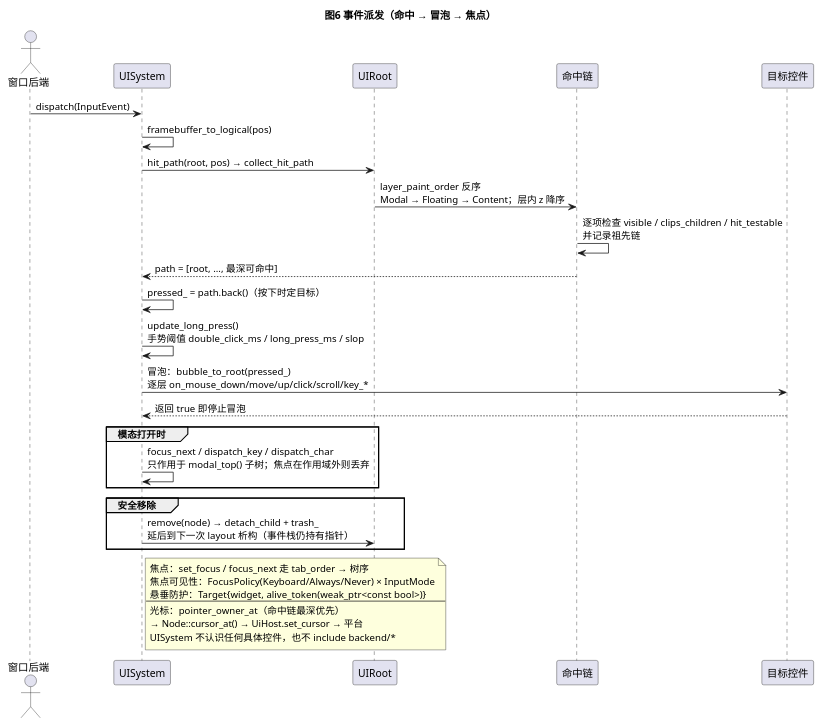
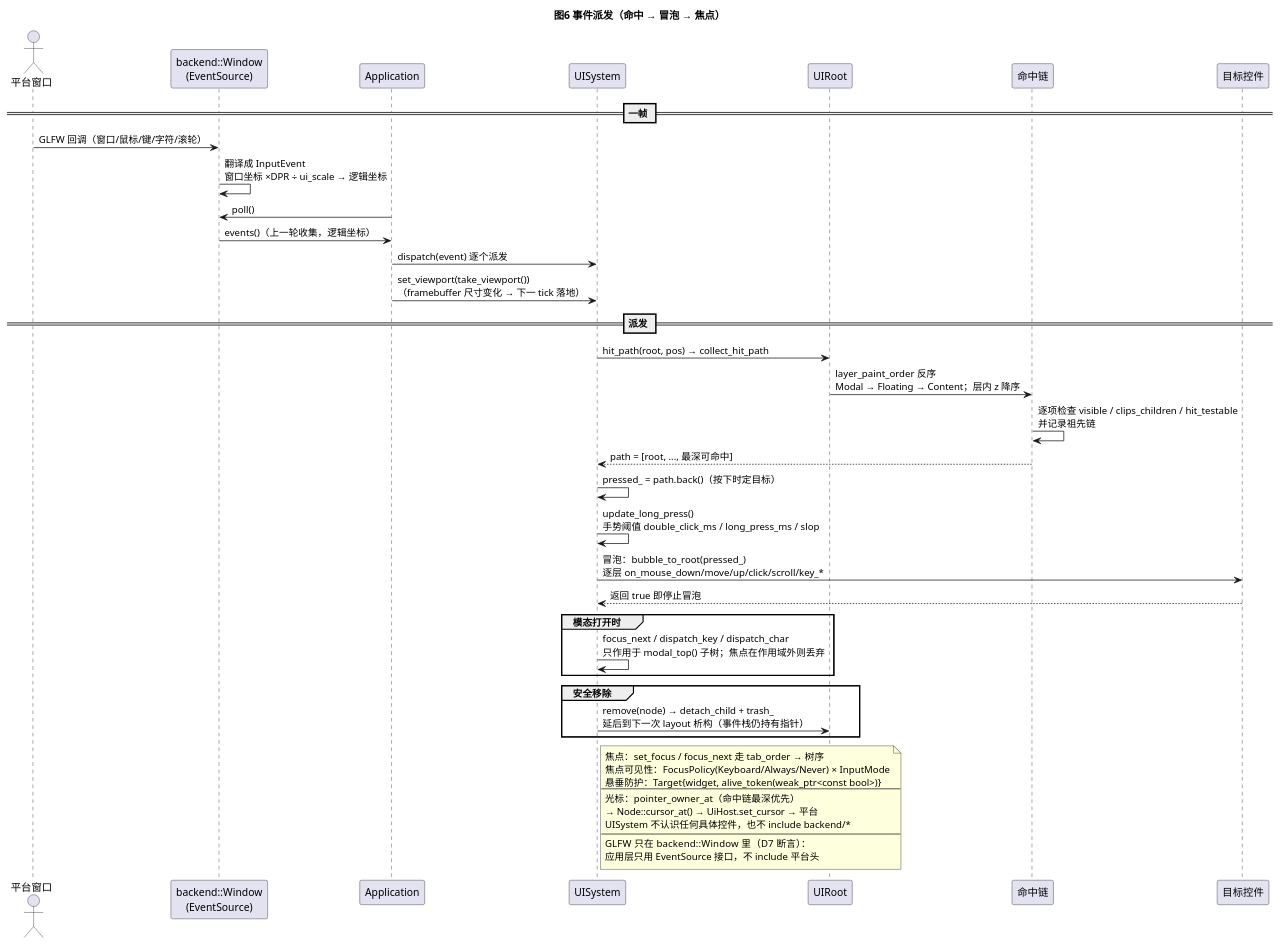
Before and after one commit to zxionf/cosine: the diagram in .design/uml/06-event-dispatch.puml, drawn with PlantUML. The commit also changed 20 other files, not shown here.

Commit message:
refactor(app): 输入走 EventSource，GLFW 收进 backend::Window

```diff
--- a/.design/uml/06-event-dispatch.puml
+++ b/.design/uml/06-event-dispatch.puml
@@ -1,43 +1,55 @@
 @startuml
 title 图6 事件派发（命中 → 冒泡 → 焦点）
 
 skinparam defaultFontName "Microsoft YaHei"
 skinparam shadowing false
 
-actor "窗口后端" as WIN
+actor "平台窗口" as WIN
+participant "backend::Window\n(EventSource)" as SRC
+participant "Application" as APP
 participant "UISystem" as SYS
 participant "UIRoot" as ROOT
 participant "命中链" as PATH
 participant "目标控件" as T
 
-WIN -> SYS : dispatch(InputEvent)
-SYS -> SYS : framebuffer_to_logical(pos)
+== 一帧 ==
+WIN -> SRC : GLFW 回调（窗口/鼠标/键/字符/滚轮）
+SRC -> SRC : 翻译成 InputEvent\n窗口坐标 ×DPR ÷ ui_scale → 逻辑坐标
+APP -> SRC : poll()
+SRC -> APP : events()（上一轮收集，逻辑坐标）
+APP -> SYS : dispatch(event) 逐个派发
+APP -> SYS : set_viewport(take_viewport())\n（framebuffer 尺寸变化 → 下一 tick 落地）
+
+== 派发 ==
 SYS -> ROOT : hit_path(root, pos) → collect_hit_path
 ROOT -> PATH : layer_paint_order 反序\nModal → Floating → Content；层内 z 降序
 PATH -> PATH : 逐项检查 visible / clips_children / hit_testable\n并记录祖先链
 PATH --> SYS : path = [root, ..., 最深可命中]
 
 SYS -> SYS : pressed_ = path.back()（按下时定目标）
 SYS -> SYS : update_long_press()\n手势阈值 double_click_ms / long_press_ms / slop
 
 SYS -> T : 冒泡：bubble_to_root(pressed_)\n逐层 on_mouse_down/move/up/click/scroll/key_*
 T --> SYS : 返回 true 即停止冒泡
 
 group 模态打开时
   SYS -> SYS : focus_next / dispatch_key / dispatch_char\n只作用于 modal_top() 子树；焦点在作用域外则丢弃
 end
 
 group 安全移除
   SYS -> ROOT : remove(node) → detach_child + trash_\n延后到下一次 layout 析构（事件栈仍持有指针）
 end
 
 note right of SYS
   焦点：set_focus / focus_next 走 tab_order → 树序
   焦点可见性：FocusPolicy(Keyboard/Always/Never) × InputMode
   悬垂防护：Target{widget, alive_token(weak_ptr<const bool>)}
   --
   光标：pointer_owner_at（命中链最深优先）
   → Node::cursor_at() → UiHost.set_cursor → 平台
   UISystem 不认识任何具体控件，也不 include backend/*
+  --
+  GLFW 只在 backend::Window 里（D7 断言）：
+  应用层只用 EventSource 接口，不 include 平台头
 end note
 @enduml
```
